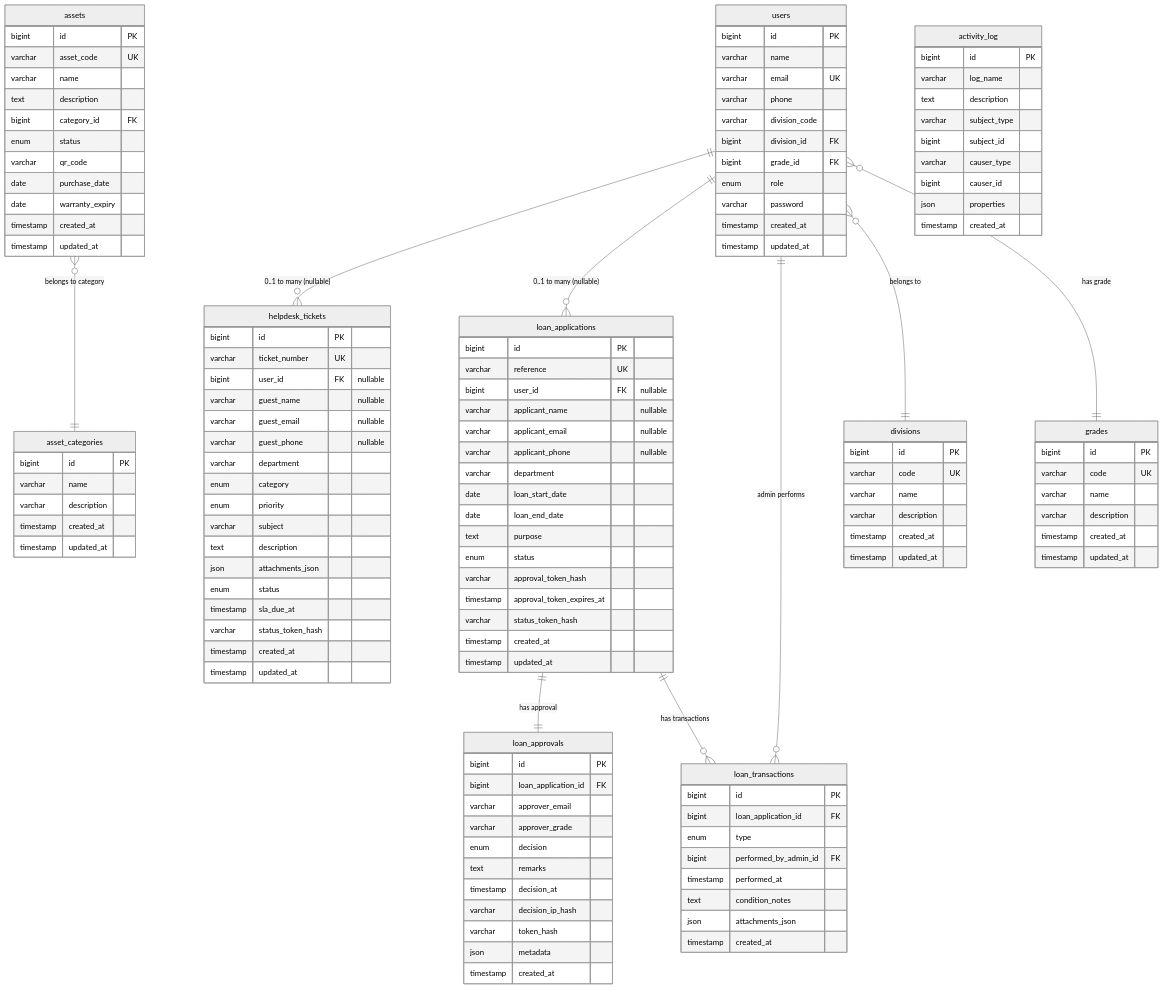
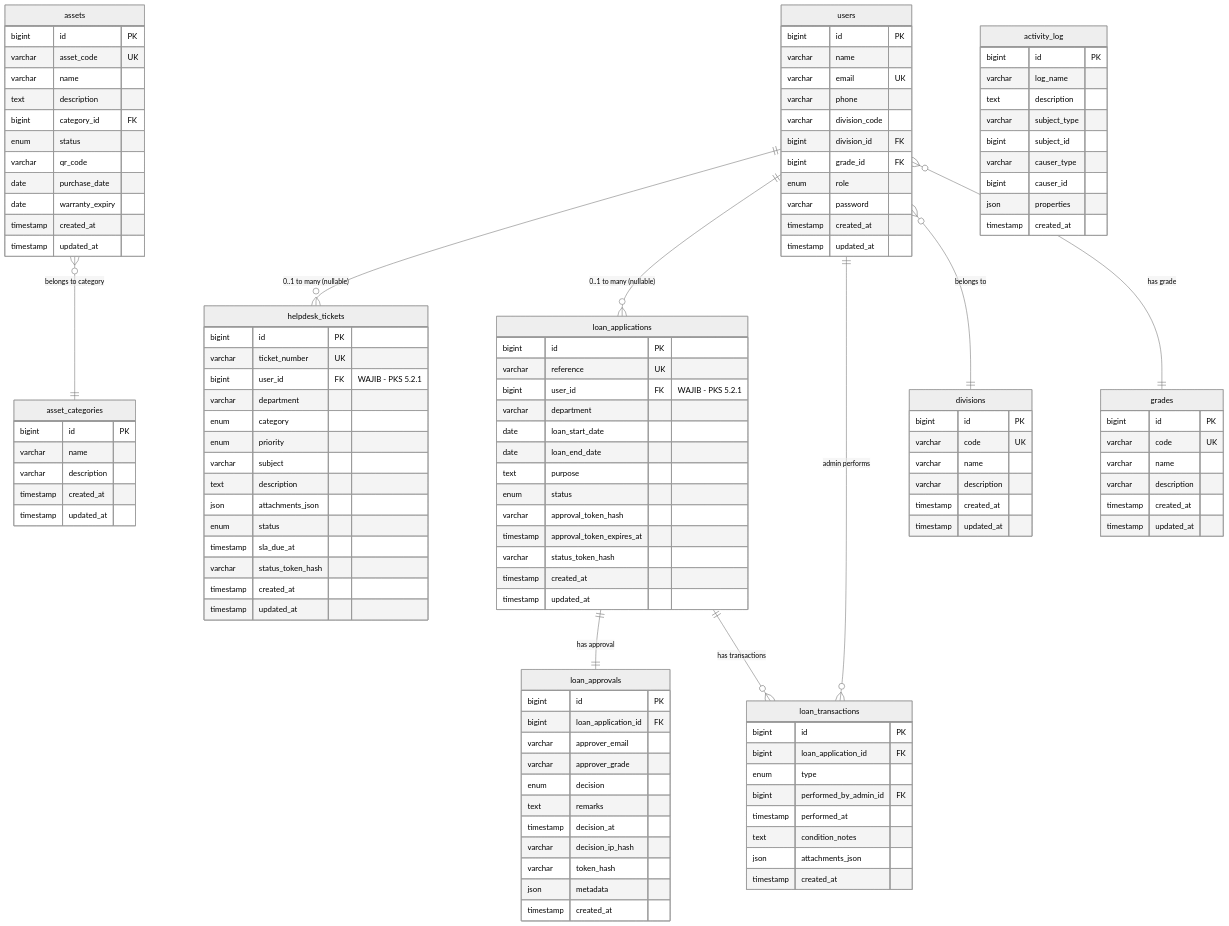
One commit to IzzatFirdaus/ictserve-031125 changed the eighth of 11 diagrams in docs/KRISA/D04_KRISA_ICTSERVE_SPESIFIKASI_REKABENTUK_SISTEM.md. Above: the diagram before and after it, drawn with Mermaid (neutral theme). The commit also changed other lines of this file and 18 other files, not shown here.

````diff
--- a/docs/KRISA/D04_KRISA_ICTSERVE_SPESIFIKASI_REKABENTUK_SISTEM.md
+++ b/docs/KRISA/D04_KRISA_ICTSERVE_SPESIFIKASI_REKABENTUK_SISTEM.md
@@ -561,10 +873,7 @@
     helpdesk_tickets {
         bigint id PK
         varchar ticket_number UK
-        bigint user_id FK "nullable"
-        varchar guest_name "nullable"
-        varchar guest_email "nullable"
-        varchar guest_phone "nullable"
+        bigint user_id FK "WAJIB - PKS 5.2.1"
         varchar department
         enum category
         enum priority
@@ -581,10 +890,7 @@
     loan_applications {
         bigint id PK
         varchar reference UK
-        bigint user_id FK "nullable"
-        varchar applicant_name "nullable"
-        varchar applicant_email "nullable"
-        varchar applicant_phone "nullable"
+        bigint user_id FK "WAJIB - PKS 5.2.1"
         varchar department
         date loan_start_date
         date loan_end_date
@@ -686,7 +992,7 @@
     
     assets }o--|| asset_categories : "belongs to category"
     
-    %% Note: ERD shows nullable relationships with 0..1 notation
-    %% This supports hybrid architecture where submissions can exist
-    %% with or without user_id (guest vs authenticated)
+    %% Note: ERD shows user_id as mandatory FK with 1..1 notation
+    %% This enforces PKS 5.2.1 accountability where all submissions
+    %% must be linked to authenticated staff ID (SSO authentication required)
 ```
````
